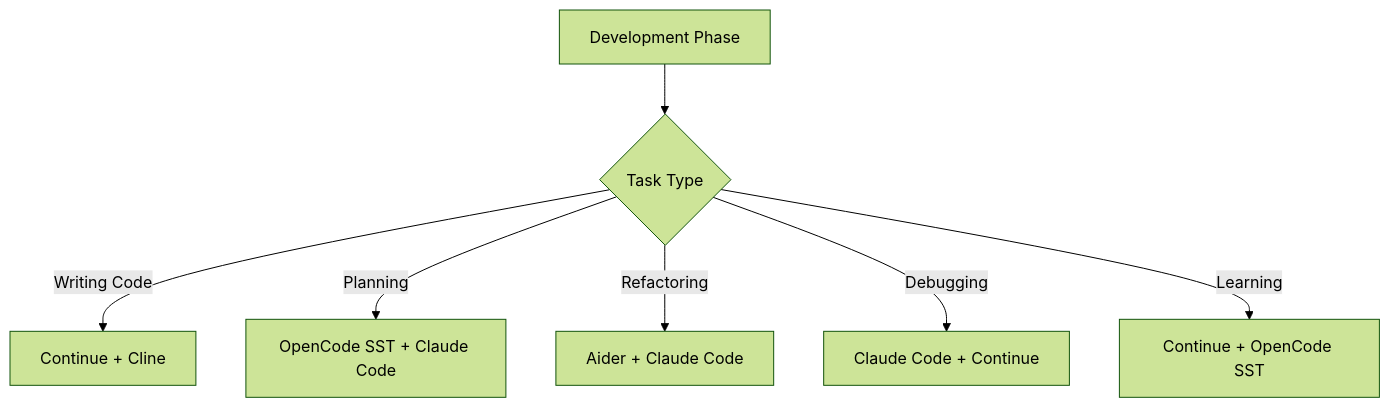
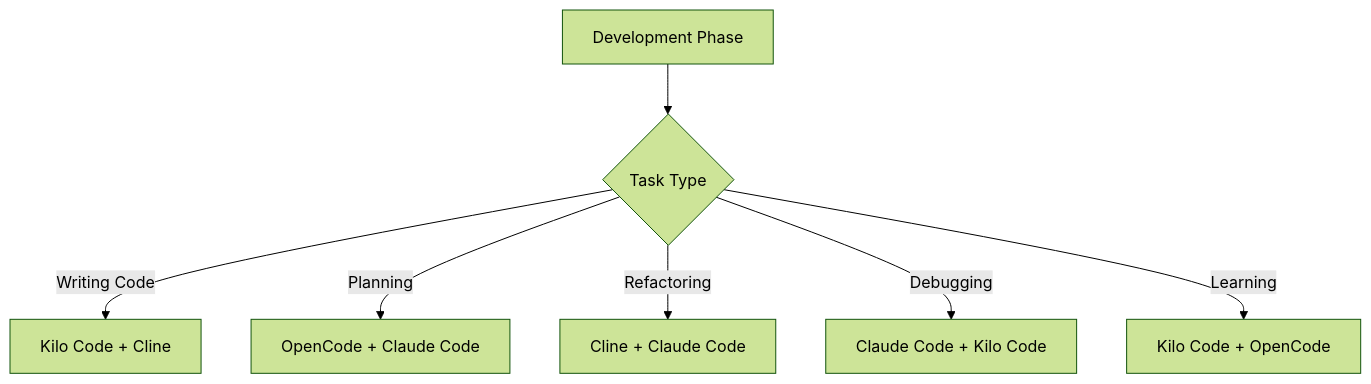
Before and after one commit to DG1001/XaresAICoder: the diagram in docs/AI_TOOLS.md, drawn with Mermaid (forest theme). The commit also changed other lines of this file and 9 other files, not shown here.

````diff
--- a/docs/AI_TOOLS.md
+++ b/docs/AI_TOOLS.md
@@ -617,9 +625,9 @@
 ```mermaid
 graph TD
     A[Development Phase] --> B{Task Type}
-    B -->|Writing Code| C[Continue + Cline]
-    B -->|Planning| D[OpenCode SST + Claude Code]
-    B -->|Refactoring| E[Aider + Claude Code]
-    B -->|Debugging| F[Claude Code + Continue]
-    B -->|Learning| G[Continue + OpenCode SST]
+    B -->|Writing Code| C[Kilo Code + Cline]
+    B -->|Planning| D[OpenCode + Claude Code]
+    B -->|Refactoring| E[Cline + Claude Code]
+    B -->|Debugging| F[Claude Code + Kilo Code]
+    B -->|Learning| G[Kilo Code + OpenCode]
 ```
````
